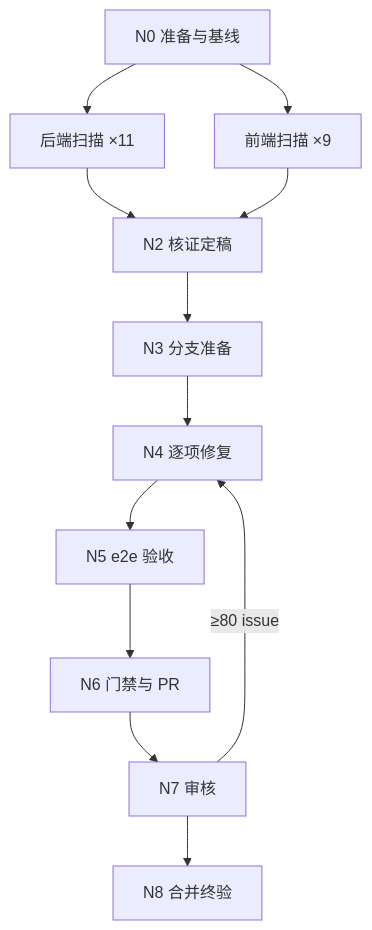
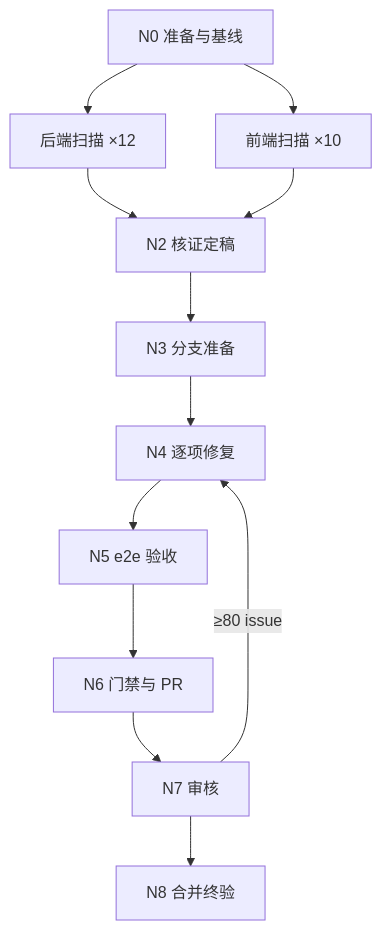
The diagram in skills/loop-graph-designer/examples/risk.md (mwrforever/prompt), drawn with Mermaid before and after one commit. The commit also changed other lines of this file and 1 other file, not shown here.

````diff
--- a/skills/loop-graph-designer/examples/risk.md
+++ b/skills/loop-graph-designer/examples/risk.md
@@ -27,7 +27,7 @@
 ```mermaid
 graph TD
-    N0[N0 准备与基线] --> SBE[后端扫描 ×11] & SFE[前端扫描 ×9]
+    N0[N0 准备与基线] --> SBE[后端扫描 ×12] & SFE[前端扫描 ×10]
     SBE & SFE --> N2[N2 核证定稿] --> N3[N3 分支准备] --> N4[N4 逐项修复]
     N4 --> N5[N5 e2e 验收] --> N6[N6 门禁与 PR] --> N7[N7 审核] --> N8[N8 合并终验]
     N7 -->|≥80 issue| N4
 ```
````
